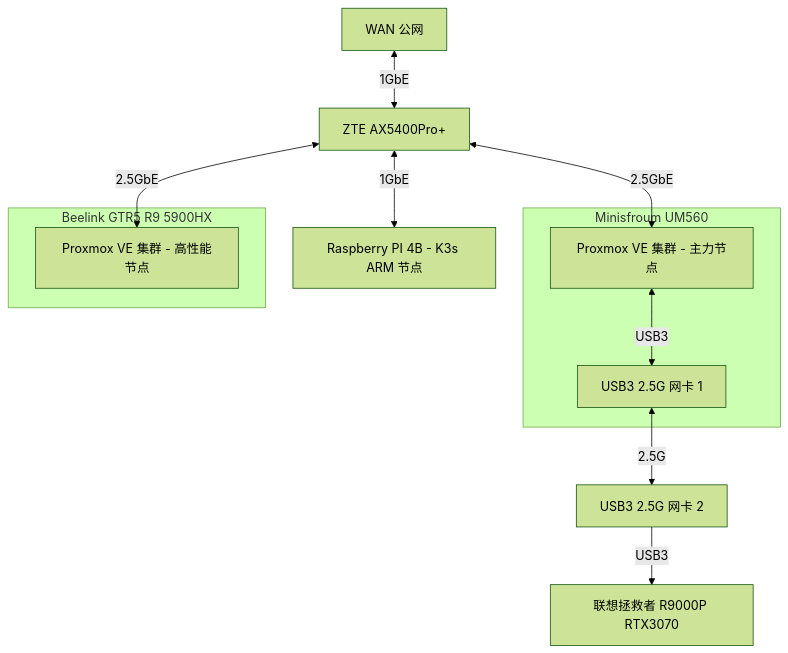
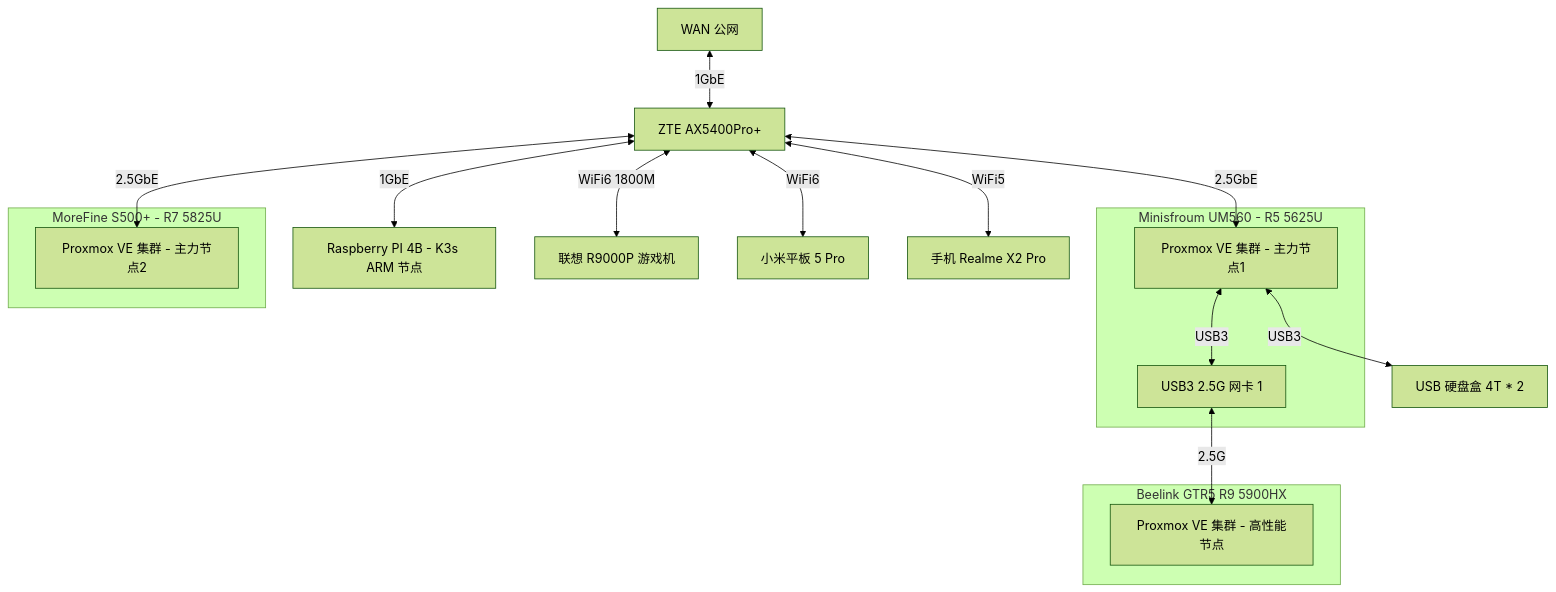
The diagram in homelab/README.md (ryan4yin/knowledge), drawn with Mermaid (forest theme) before and after one commit. The commit also changed other lines of this file, not shown here.

````diff
--- a/homelab/README.md
+++ b/homelab/README.md
@@ -17,16 +18,28 @@
 ```mermaid
 graph TD
   WAN[WAN 公网] <-- 1GbE -->edge_router
-  edge_router[ZTE AX5400Pro+] <-- 2.5GbE --> PVE-Node1[Proxmox VE 集群 - 主力节点]
-	edge_router <-- 2.5GbE --> PVE-Node2[Proxmox VE 集群 - 高性能节点]
-	edge_router <-- 1GbE --> pi[Raspberry PI 4B - K3s ARM 节点]
+	edge_router <-- 2.5GbE --> PVE-Node2
+  edge_router[ZTE AX5400Pro+] <-- 2.5GbE --> PVE-Node1
 
-	subgraph PVE-node1[Minisfroum UM560]
+	edge_router <-- 1GbE --> raspberrypi[Raspberry PI 4B - K3s ARM 节点]
+  edge_router <-- WiFi6 1800M --> R9000P[联想 R9000P 游戏机]
+  edge_router <-- WiFi6 --> android_pad1[小米平板 5 Pro]
+  edge_router <-- WiFi5 --> android1[手机 Realme X2 Pro]
+
+	subgraph PVE-node1[Minisfroum UM560 - R5 5625U]
+    PVE-Node1[Proxmox VE 集群 - 主力节点1]
     PVE-Node1 <-- USB3 --> USB-NIC1[USB3 2.5G 网卡 1]
 	end
-	USB-NIC1 <-- 2.5G --> USB-NIC2[USB3 2.5G 网卡 2] -- USB3 --> R9000P[联想拯救者 R9000P RTX3070]
+  
+  PVE-Node1 <-- USB3 --> USB-Storage1[USB 硬盘盒 4T * 2]
+	USB-NIC1 <-- 2.5G --> PVE-Node3
 	
-	subgraph PVE-node2[Beelink GTR5 R9 5900HX]
-    PVE-Node2
+	subgraph PVE-node2[MoreFine S500+ - R7 5825U]
+    PVE-Node2[Proxmox VE 集群 - 主力节点2]
 	end
+
+	subgraph PVE-node3[Beelink GTR5 R9 5900HX]
+    PVE-Node3[Proxmox VE 集群 - 高性能节点]
+	end
+
 ```
````
